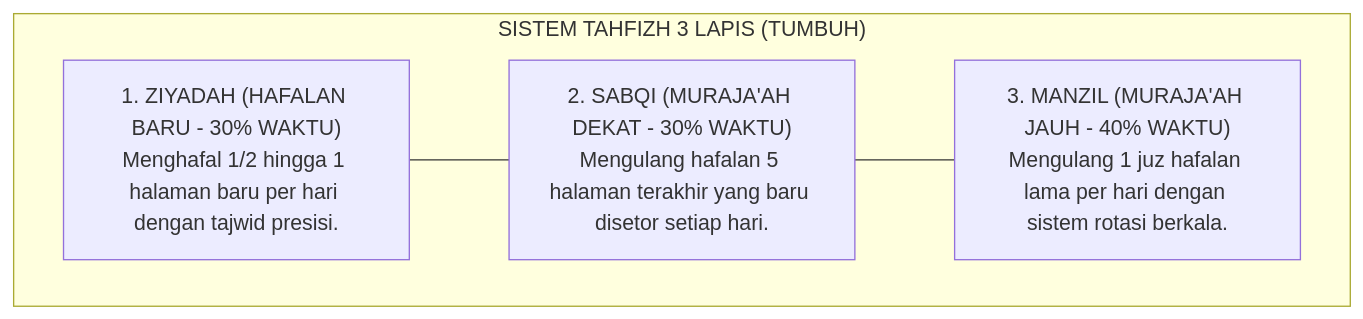
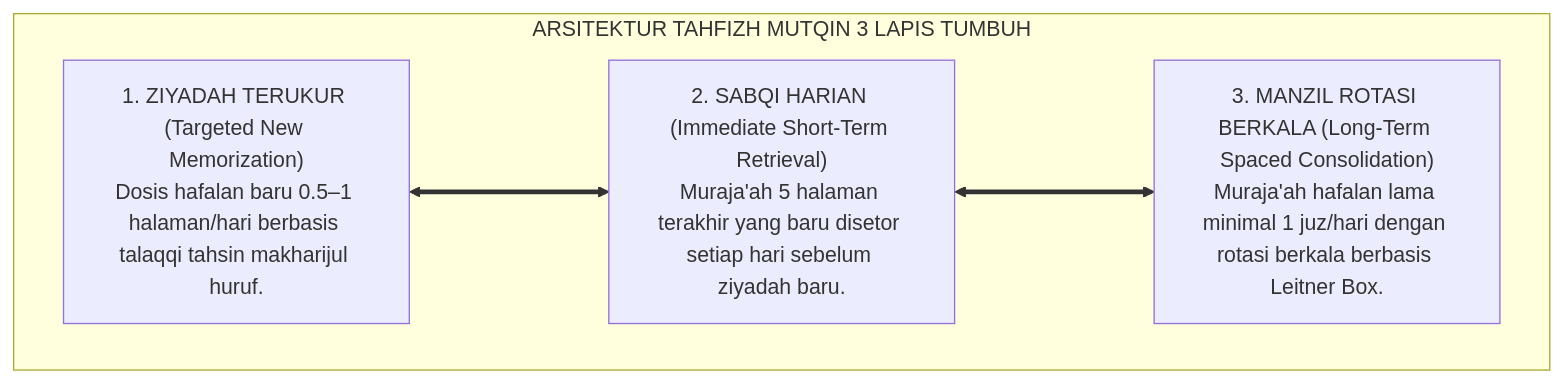
The second of 3 diagrams in 02 Principles/03 Learning Principles/P2-03-02-Prinsip-Retensi-Memori-dan-Hafalan-Mutqin.md (wandiapriliyandi/tumbuh), drawn with Mermaid before and after one commit. The commit also changed other lines of this file and 6 other files, not shown here.

````diff
--- a/02 Principles/03 Learning Principles/P2-03-02-Prinsip-Retensi-Memori-dan-Hafalan-Mutqin.md
+++ b/02 Principles/03 Learning Principles/P2-03-02-Prinsip-Retensi-Memori-dan-Hafalan-Mutqin.md
@@ -150,12 +116,13 @@
 ```mermaid
-graph TD
-    subgraph SistemTahfizhTigaLapis["SISTEM TAHFIZH 3 LAPIS (TUMBUH)"]
-        Lapis1["1. ZIYADAH (HAFALAN BARU - 30% WAKTU)<br/>Menghafal 1/2 hingga 1 halaman baru per hari dengan tajwid presisi."]
+flowchart TD
+    subgraph ArsitekturTahfizhMutqinTUMBUH["ARSITEKTUR TAHFIZH MUTQIN 3 LAPIS TUMBUH"]
         
-        Lapis2["2. SABQI (MURAJA'AH DEKAT - 30% WAKTU)<br/>Mengulang hafalan 5 halaman terakhir yang baru disetor setiap hari."]
+        T1_Sayap["1. ZIYADAH TERUKUR (Targeted New Memorization)<br/>Dosis hafalan baru 0.5–1 halaman/hari berbasis talaqqi tahsin makharijul huruf."]
         
-        Lapis3["3. MANZIL (MURAJA'AH JAUH - 40% WAKTU)<br/>Mengulang 1 juz hafalan lama per hari dengan sistem rotasi berkala."]
+        T2_Sayap["2. SABQI HARIAN (Immediate Short-Term Retrieval)<br/>Muraja'ah 5 halaman terakhir yang baru disetor setiap hari sebelum ziyadah baru."]
         
-        Lapis1 --- Lapis2 --- Lapis3
+        T3_Sayap["3. MANZIL ROTASI BERKALA (Long-Term Spaced Consolidation)<br/>Muraja'ah hafalan lama minimal 1 juz/hari dengan rotasi berkala berbasis Leitner Box."]
+        
+        T1_Sayap <===> T2_Sayap <===> T3_Sayap
     end
 ```
````
